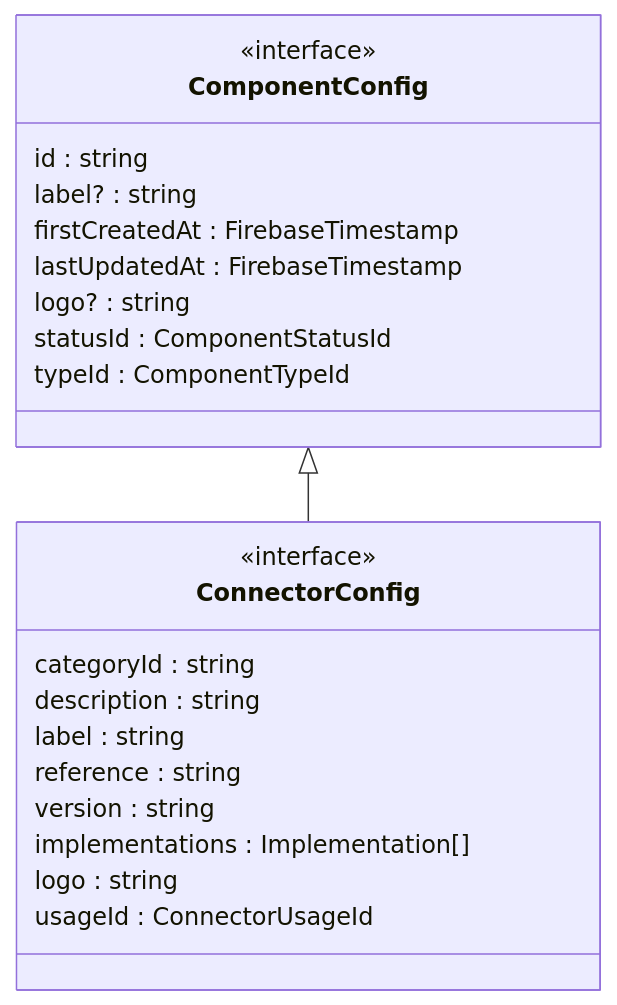
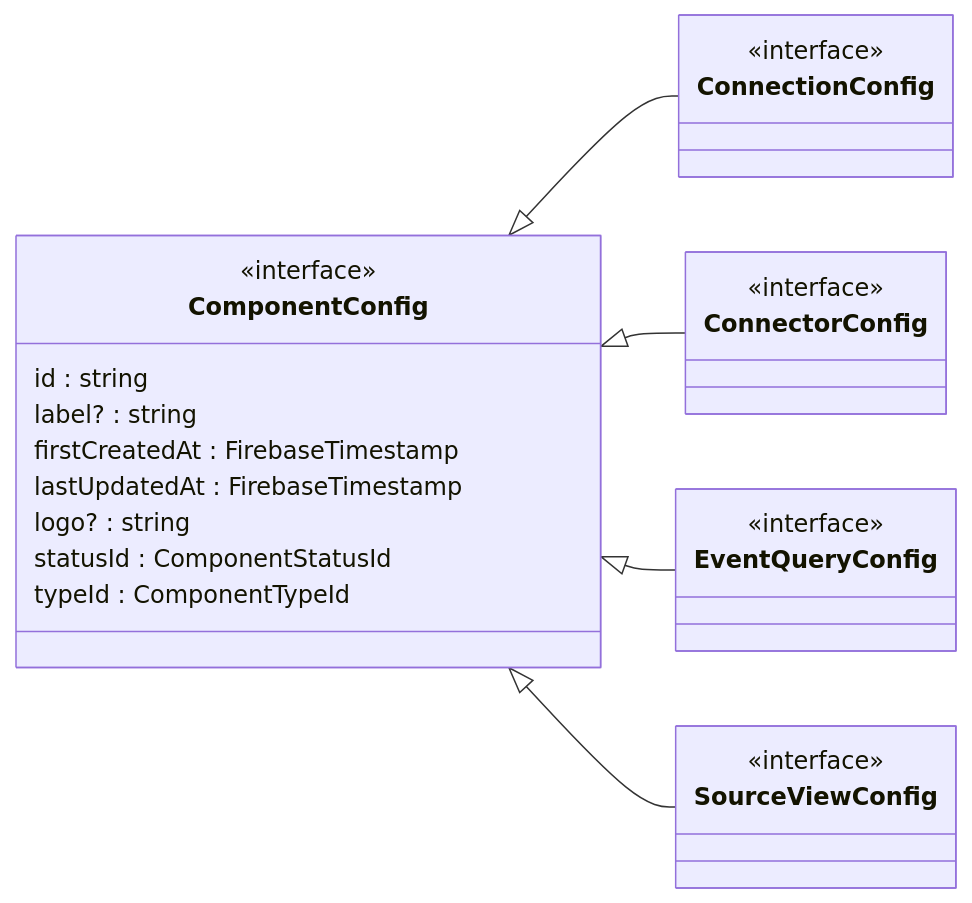
Before and after one commit to data-positioning/datapos-shared: the first of 9 diagrams in README.md, drawn with Mermaid. The commit also changed other lines of this file and 2 other files, not shown here.

````diff
--- a/README.md
+++ b/README.md
@@ -58,29 +9,36 @@
 ```mermaid
 classDiagram
-    direction TB
+    direction LR
 
     class ComponentConfig {
         <<interface>>
         id :  string
         label? :  string
         firstCreatedAt :  FirebaseTimestamp
         lastUpdatedAt :  FirebaseTimestamp
         logo? :  string
         statusId :  ComponentStatusId
         typeId :  ComponentTypeId
     }
 
-    ComponentConfig <|-- ConnectorConfig
+    class ConnectionConfig {
+        <<interface>>
+    }
 
     class ConnectorConfig {
         <<interface>>
-        categoryId :  string
-        description :  string
-        label :  string
-        reference :  string
-        version :  string
-        implementations :  Implementation[]
-        logo :  string
-        usageId :  ConnectorUsageId
     }
+
+    class EventQueryConfig {
+        <<interface>>
+    }
+
+    class SourceViewConfig {
+        <<interface>>
+    }
+
+    ComponentConfig <|-- ConnectionConfig
+    ComponentConfig <|-- ConnectorConfig
+    ComponentConfig <|-- EventQueryConfig
+    ComponentConfig <|-- SourceViewConfig
 ```
````
